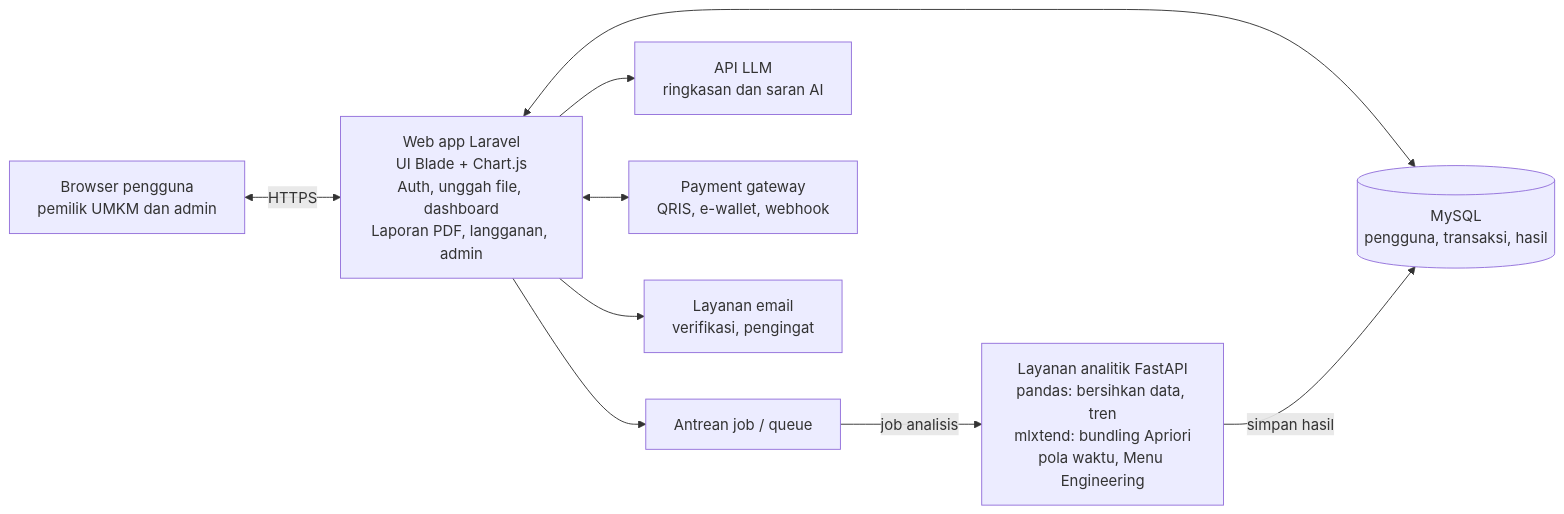
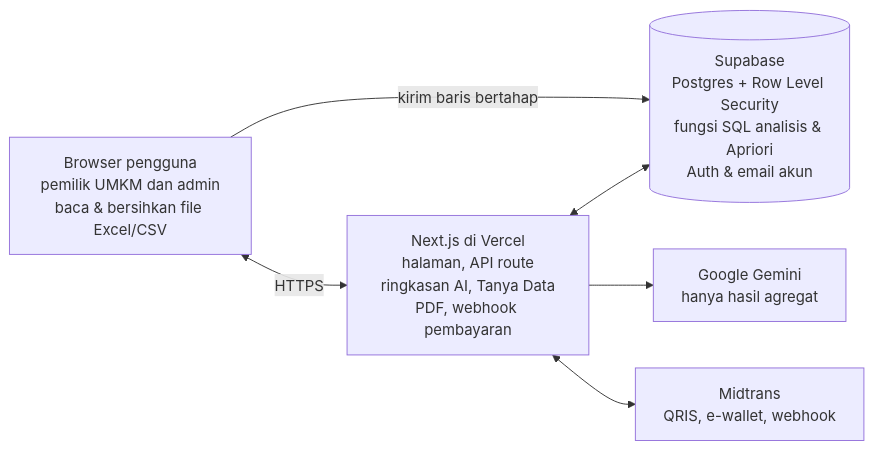
Before and after one commit to AndikaWiranata/InsightUsaha: the second of 2 diagrams in PRD_InsightUsaha.md, drawn with Mermaid. The commit also changed other lines of this file, not shown here.

Commit message:
PRD v2: stack Next.js + Supabase di Vercel, Gemini, F12 Tanya Data

````diff
--- a/PRD_InsightUsaha.md
+++ b/PRD_InsightUsaha.md
@@ -251,11 +273,8 @@
 ```mermaid
 flowchart LR
-    U[Browser pengguna<br/>pemilik UMKM dan admin] <-- HTTPS --> W[Web app Laravel<br/>UI Blade + Chart.js<br/>Auth, unggah file, dashboard<br/>Laporan PDF, langganan, admin]
-    W <--> DB[(MySQL<br/>pengguna, transaksi, hasil)]
-    W --> Q[Antrean job / queue]
-    Q -- job analisis --> AN[Layanan analitik FastAPI<br/>pandas: bersihkan data, tren<br/>mlxtend: bundling Apriori<br/>pola waktu, Menu Engineering]
-    AN -- simpan hasil --> DB
-    W --> LLM[API LLM<br/>ringkasan dan saran AI]
-    W <--> PG[Payment gateway<br/>QRIS, e-wallet, webhook]
-    W --> EM[Layanan email<br/>verifikasi, pengingat]
+    U[Browser pengguna<br/>pemilik UMKM dan admin<br/>baca & bersihkan file Excel/CSV] <-- HTTPS --> W[Next.js di Vercel<br/>halaman, API route<br/>ringkasan AI, Tanya Data<br/>PDF, webhook pembayaran]
+    U -- kirim baris bertahap --> SB
+    W <--> SB[(Supabase<br/>Postgres + Row Level Security<br/>fungsi SQL analisis & Apriori<br/>Auth & email akun)]
+    W --> LLM[Google Gemini<br/>hanya hasil agregat]
+    W <--> PG[Midtrans<br/>QRIS, e-wallet, webhook]
 ```
````
